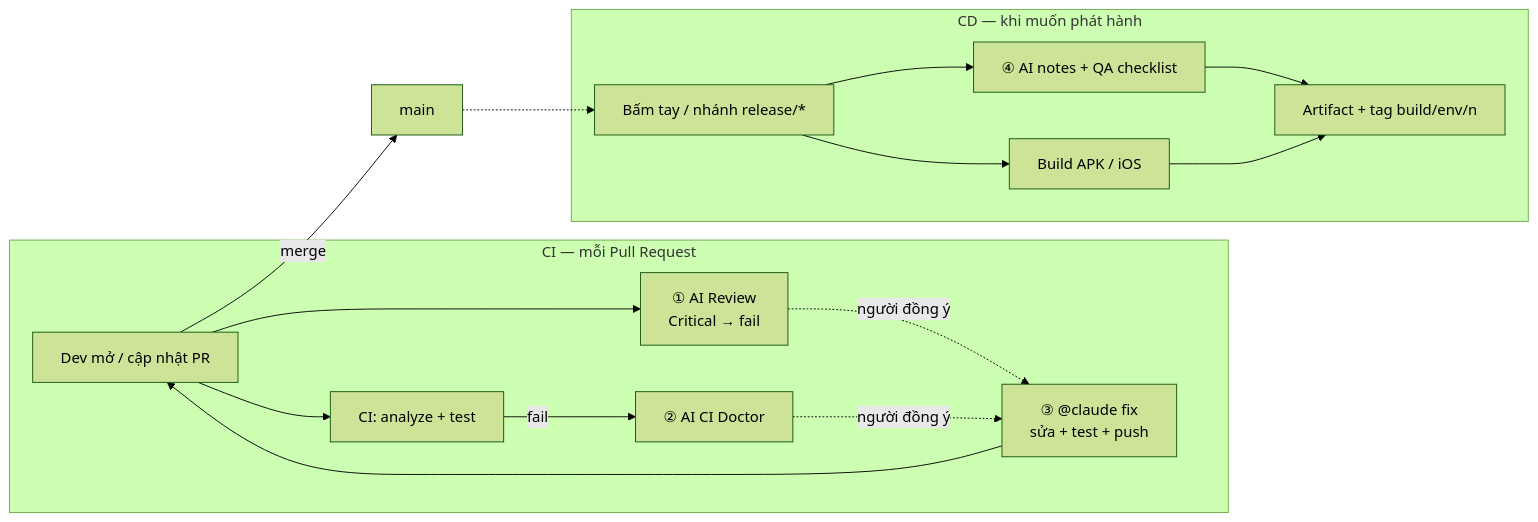
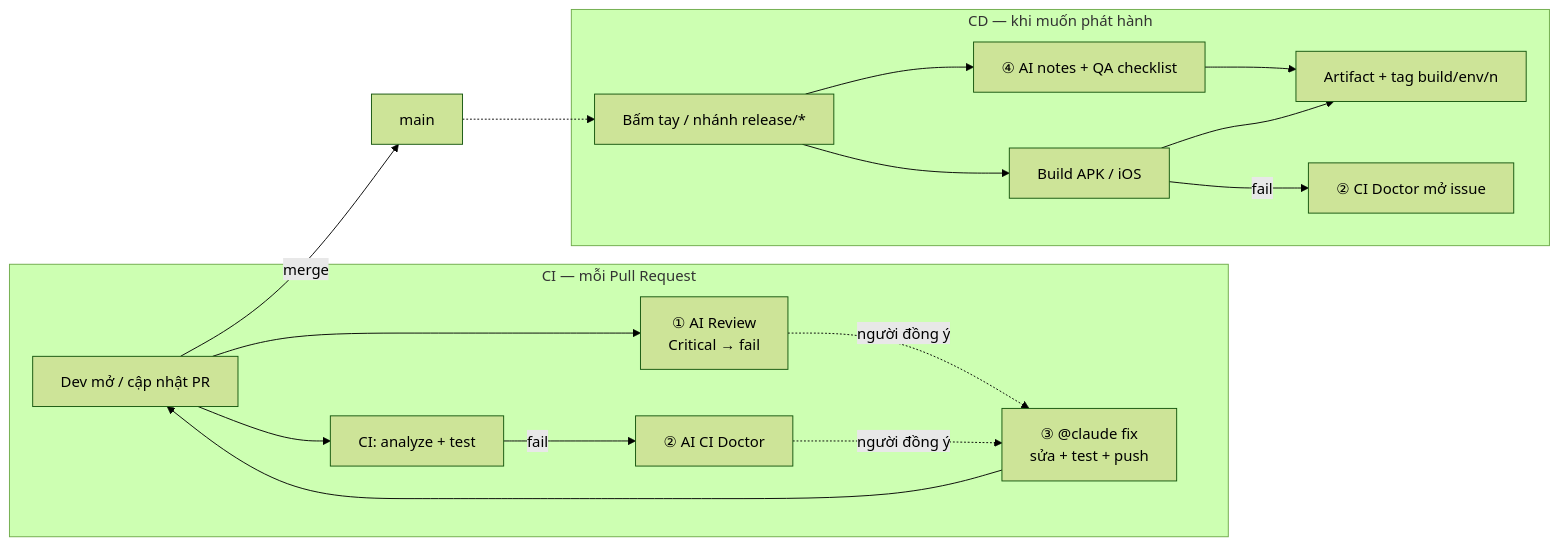
The diagram in README.md (trungnt-2399/AI-in-CI-CD), drawn with Mermaid (forest theme) before and after one commit. The commit also changed other lines of this file and 4 other files, not shown here.

Commit message:
feat(ci-doctor): diagnose CD build failures via issues

````diff
--- a/README.md
+++ b/README.md
@@ -6,16 +6,17 @@
 ```mermaid
 flowchart LR
   subgraph CI["CI — mỗi Pull Request"]
     PR[Dev mở / cập nhật PR] --> TEST[CI: analyze + test]
     PR --> REV[① AI Review<br/>Critical → fail]
     TEST -- fail --> DOC[② AI CI Doctor]
     REV & DOC -. người đồng ý .-> FIX[③ @claude fix<br/>sửa + test + push]
     FIX --> PR
   end
   subgraph CD["CD — khi muốn phát hành"]
     REL[Bấm tay / nhánh release/*] --> NOTES[④ AI notes + QA checklist]
     REL --> BUILD[Build APK / iOS]
     NOTES & BUILD --> PUB[Artifact + tag build/env/n]
+    BUILD -- fail --> ISSUE[② CI Doctor mở issue]
   end
   PR -- merge --> MAIN[main] -.-> REL
 ```
````
